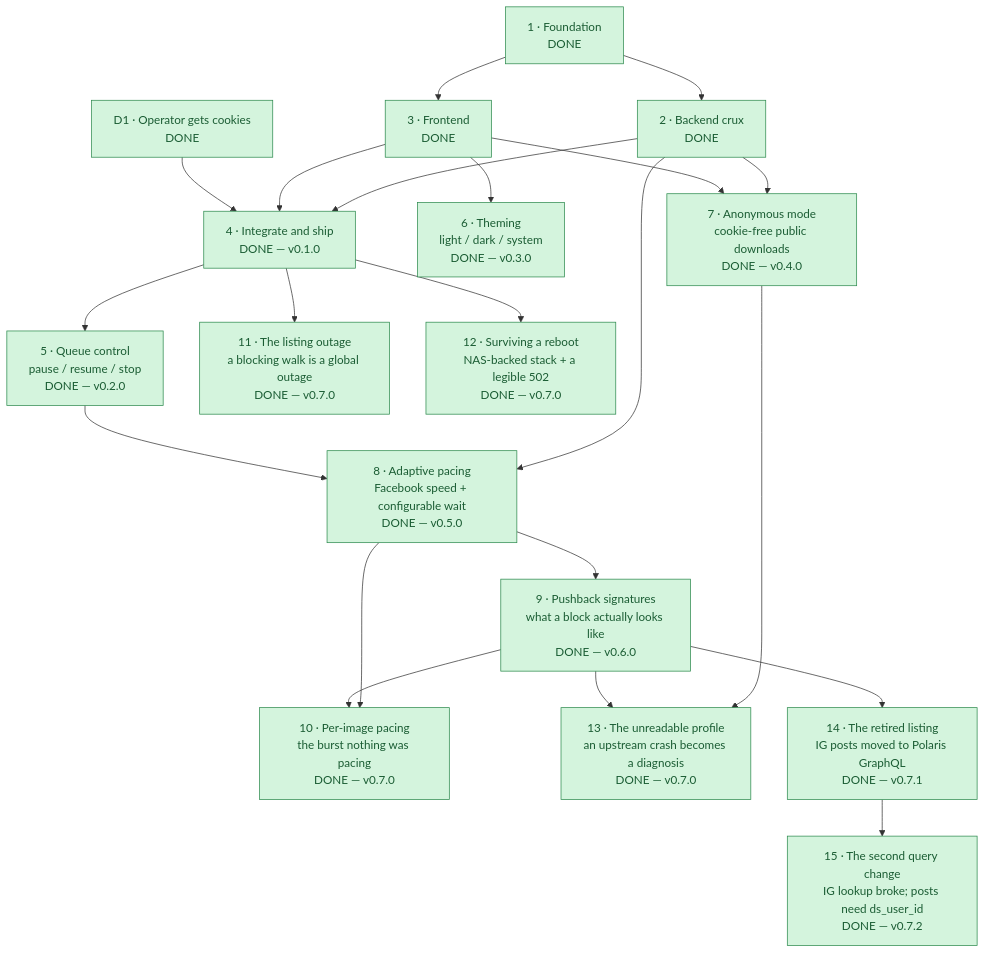
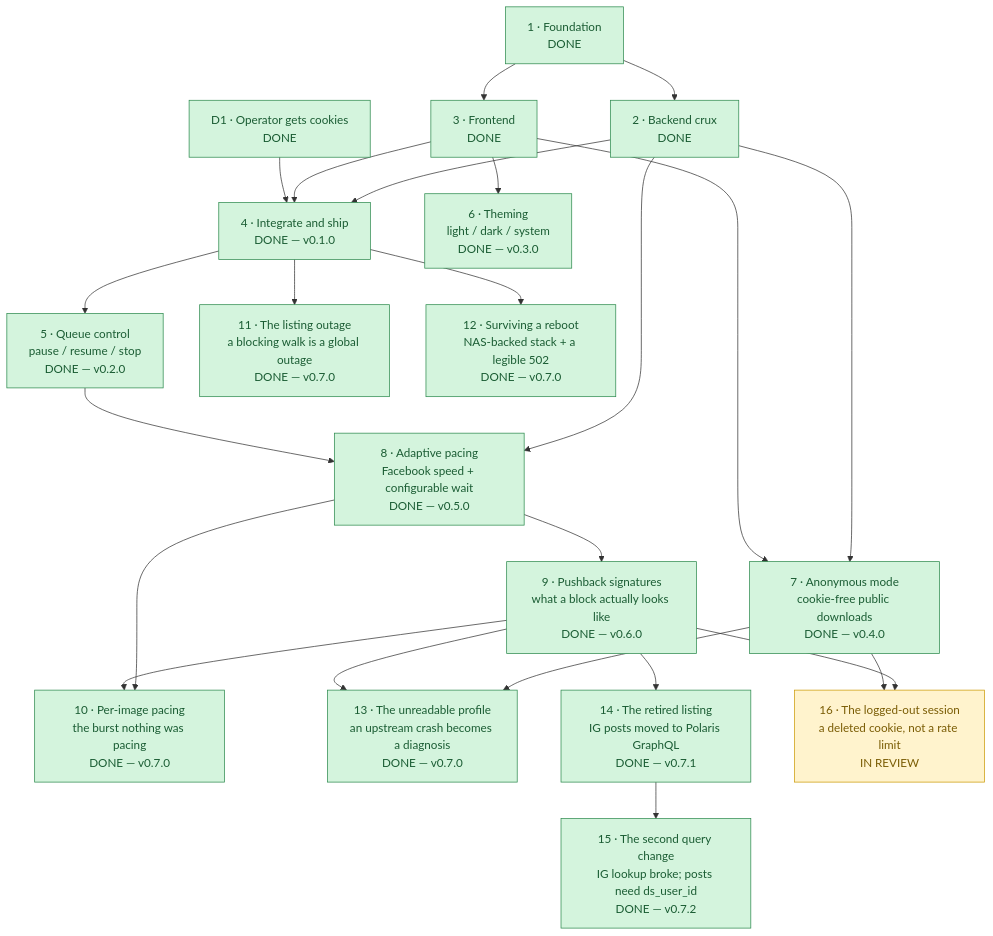
Before and after one commit to lumduan/gallery-dl-web: the diagram in ROADMAP.md, drawn with Mermaid. The commit also changed other lines of this file and 19 other files, not shown here.

First line of the commit message:
fix(instagram): report a logged-out session as login-required, not a rate limit (#75)

````diff
--- a/ROADMAP.md
+++ b/ROADMAP.md
@@ -8,44 +8,47 @@
 ```mermaid
 flowchart TD
     P1["1 · Foundation<br/>DONE"] --> P2["2 · Backend crux<br/>DONE"]
     P1 --> P3["3 · Frontend<br/>DONE"]
     P2 --> P4["4 · Integrate and ship<br/>DONE — v0.1.0"]
     P3 --> P4
     D1["D1 · Operator gets cookies<br/>DONE"] --> P4
     P4 --> P5["5 · Queue control<br/>pause / resume / stop<br/>DONE — v0.2.0"]
     P3 --> P6["6 · Theming<br/>light / dark / system<br/>DONE — v0.3.0"]
     P2 --> P7["7 · Anonymous mode<br/>cookie-free public downloads<br/>DONE — v0.4.0"]
     P3 --> P7
     P2 --> P8["8 · Adaptive pacing<br/>Facebook speed + configurable wait<br/>DONE — v0.5.0"]
     P5 --> P8
     P8 --> P9["9 · Pushback signatures<br/>what a block actually looks like<br/>DONE — v0.6.0"]
     P8 --> P10["10 · Per-image pacing<br/>the burst nothing was pacing<br/>DONE — v0.7.0"]
     P9 --> P10
     P4 --> P11["11 · The listing outage<br/>a blocking walk is a global outage<br/>DONE — v0.7.0"]
     P4 --> P12["12 · Surviving a reboot<br/>NAS-backed stack + a legible 502<br/>DONE — v0.7.0"]
     P7 --> P13["13 · The unreadable profile<br/>an upstream crash becomes a diagnosis<br/>DONE — v0.7.0"]
     P9 --> P13
     P9 --> P14["14 · The retired listing<br/>IG posts moved to Polaris GraphQL<br/>DONE — v0.7.1"]
     P14 --> P15["15 · The second query change<br/>IG lookup broke; posts need ds_user_id<br/>DONE — v0.7.2"]
+    P9 --> P16["16 · The logged-out session<br/>a deleted cookie, not a rate limit<br/>IN REVIEW"]
+    P7 --> P16
 
     classDef done     fill:#d4f4dd,stroke:#2d8a4e,color:#1a5c33
     classDef active   fill:#fff3cd,stroke:#cc9a06,color:#7a5c04
     classDef decision fill:#fde0e0,stroke:#d05555,color:#8f2e2e
 
     class P9 done
     class P10 done
     class P11 done
     class P12 done
     class P13 done
     class P14 done
     class P15 done
+    class P16 active
     class P1 done
     class P2 done
     class P3 done
     class P4 done
     class P5 done
     class P6 done
     class D1 done
     class P7 done
     class P8 done
 ```
````
